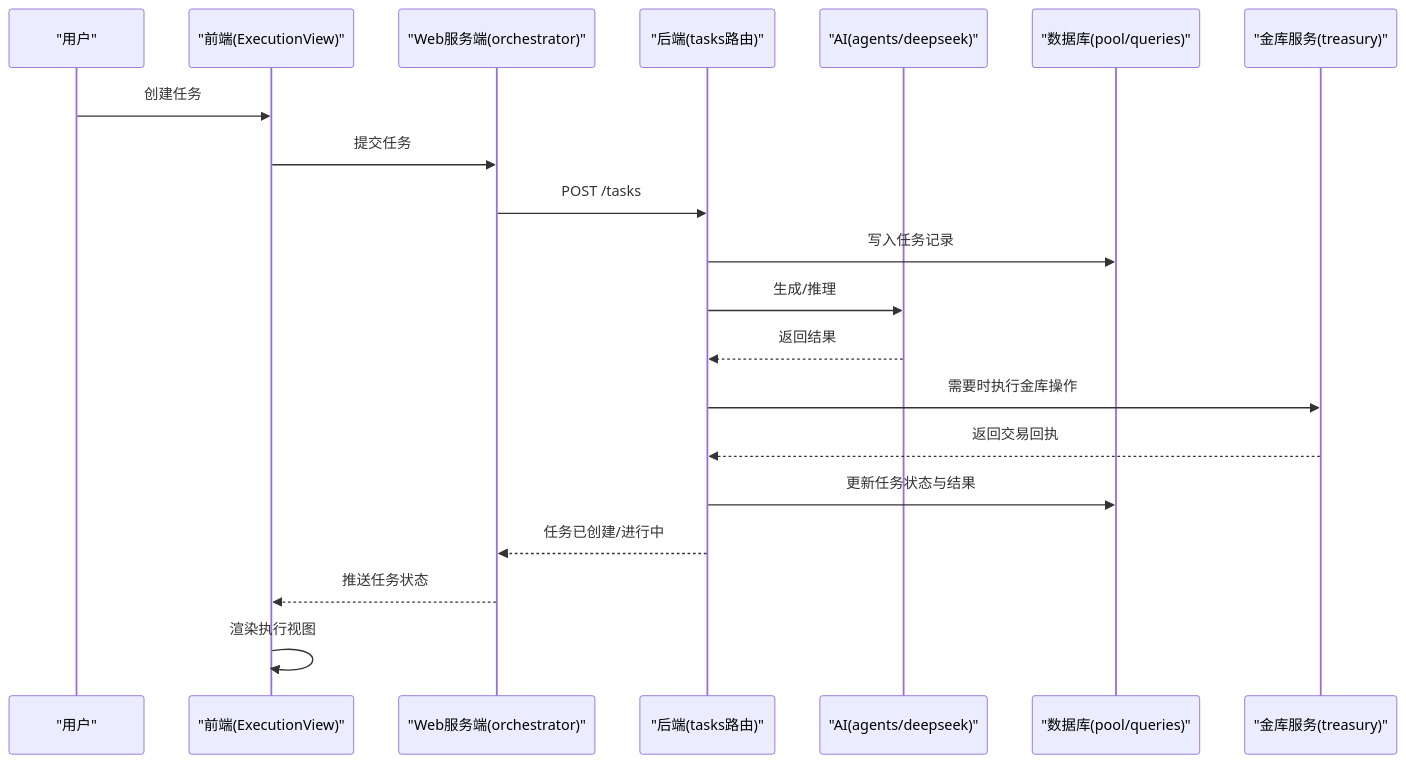
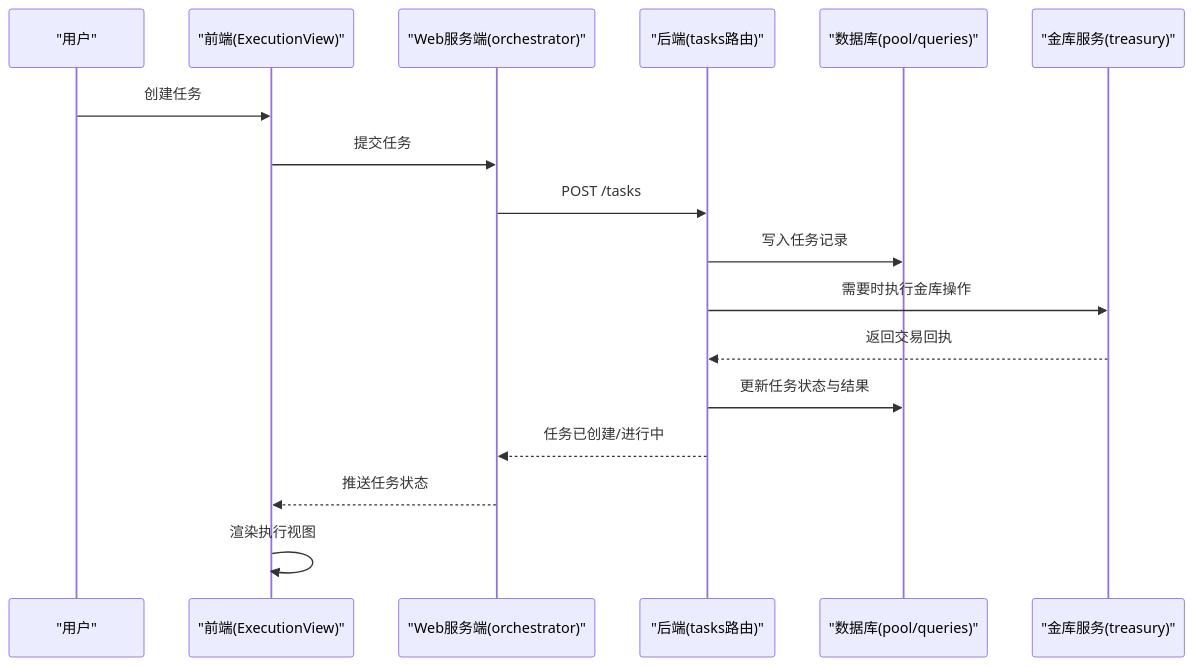
The second of 8 diagrams in .qoder/repowiki/zh/content/核心组件/AI智能体系统.md (Maki3991/study-PactLedger), drawn with Mermaid before and after one commit. The commit also changed other lines of this file and 8 other files, not shown here.

````diff
--- a/.qoder/repowiki/zh/content/核心组件/AI智能体系统.md
+++ b/.qoder/repowiki/zh/content/核心组件/AI智能体系统.md
@@ -212,22 +146,19 @@
 ```mermaid
 sequenceDiagram
 participant U as "用户"
 participant FE as "前端(ExecutionView)"
 participant WS as "Web服务端(orchestrator)"
 participant BE as "后端(tasks路由)"
-participant AI as "AI(agents/deepseek)"
 participant DB as "数据库(pool/queries)"
 participant TRE as "金库服务(treasury)"
 U->>FE : 创建任务
 FE->>WS : 提交任务
 WS->>BE : POST /tasks
 BE->>DB : 写入任务记录
-BE->>AI : 生成/推理
-AI-->>BE : 返回结果
 BE->>TRE : 需要时执行金库操作
 TRE-->>BE : 返回交易回执
 BE->>DB : 更新任务状态与结果
 BE-->>WS : 任务已创建/进行中
 WS-->>FE : 推送任务状态
 FE->>FE : 渲染执行视图
 ```
````
